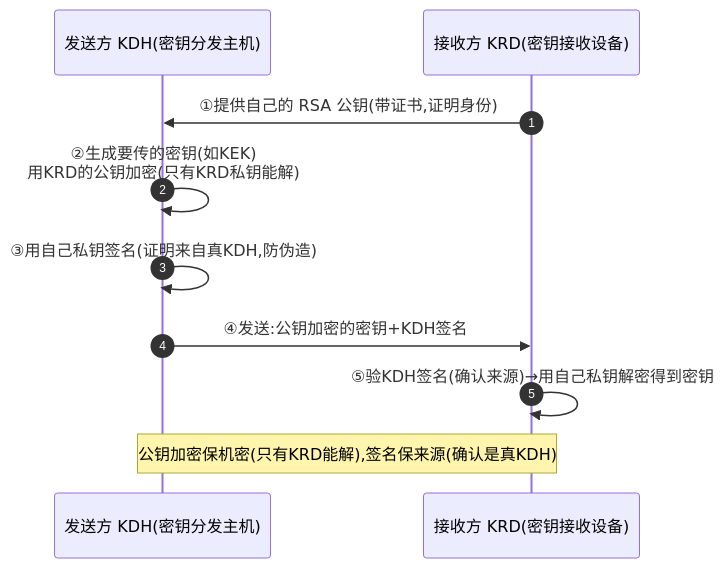
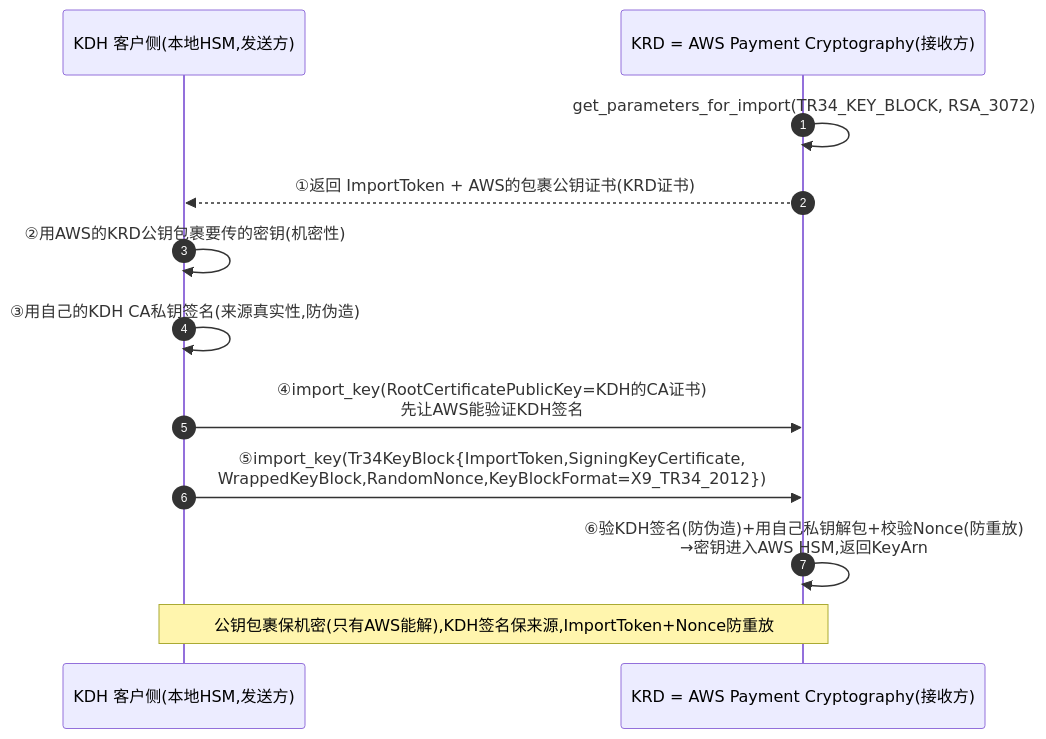
The fourth of 16 diagrams in payment/traditional-payment/01c-hsm-payment-cryptography.md (loong-ju/tech-research), drawn with Mermaid before and after one commit. The commit also changed other lines of this file, not shown here.

````diff
--- a/payment/traditional-payment/01c-hsm-payment-cryptography.md
+++ b/payment/traditional-payment/01c-hsm-payment-cryptography.md
@@ -90,12 +94,14 @@
 ```mermaid
 sequenceDiagram
     autonumber
-    participant KDH as 发送方 KDH(密钥分发主机)
-    participant KRD as 接收方 KRD(密钥接收设备)
-    KRD->>KDH: ①提供自己的 RSA 公钥(带证书,证明身份)
-    KDH->>KDH: ②生成要传的密钥(如KEK)<br/>用KRD的公钥加密(只有KRD私钥能解)
-    KDH->>KDH: ③用自己私钥签名(证明来自真KDH,防伪造)
-    KDH->>KRD: ④发送:公钥加密的密钥+KDH签名
-    KRD->>KRD: ⑤验KDH签名(确认来源)→用自己私钥解密得到密钥
-    Note over KDH,KRD: 公钥加密保机密(只有KRD能解),签名保来源(确认是真KDH)
+    participant KDH as KDH 客户侧(本地HSM,发送方)
+    participant APC as KRD = AWS Payment Cryptography(接收方)
+    APC->>APC: get_parameters_for_import(TR34_KEY_BLOCK, RSA_3072)
+    APC-->>KDH: ①返回 ImportToken + AWS的包裹公钥证书(KRD证书)
+    KDH->>KDH: ②用AWS的KRD公钥包裹要传的密钥(机密性)
+    KDH->>KDH: ③用自己的KDH CA私钥签名(来源真实性,防伪造)
+    KDH->>APC: ④import_key(RootCertificatePublicKey=KDH的CA证书)<br/>先让AWS能验证KDH签名
+    KDH->>APC: ⑤import_key(Tr34KeyBlock{ImportToken,SigningKeyCertificate,<br/>WrappedKeyBlock,RandomNonce,KeyBlockFormat=X9_TR34_2012})
+    APC->>APC: ⑥验KDH签名(防伪造)+用自己私钥解包+校验Nonce(防重放)<br/>→密钥进入AWS HSM,返回KeyArn
+    Note over KDH,APC: 公钥包裹保机密(只有AWS能解),KDH签名保来源,ImportToken+Nonce防重放
 ```
````
